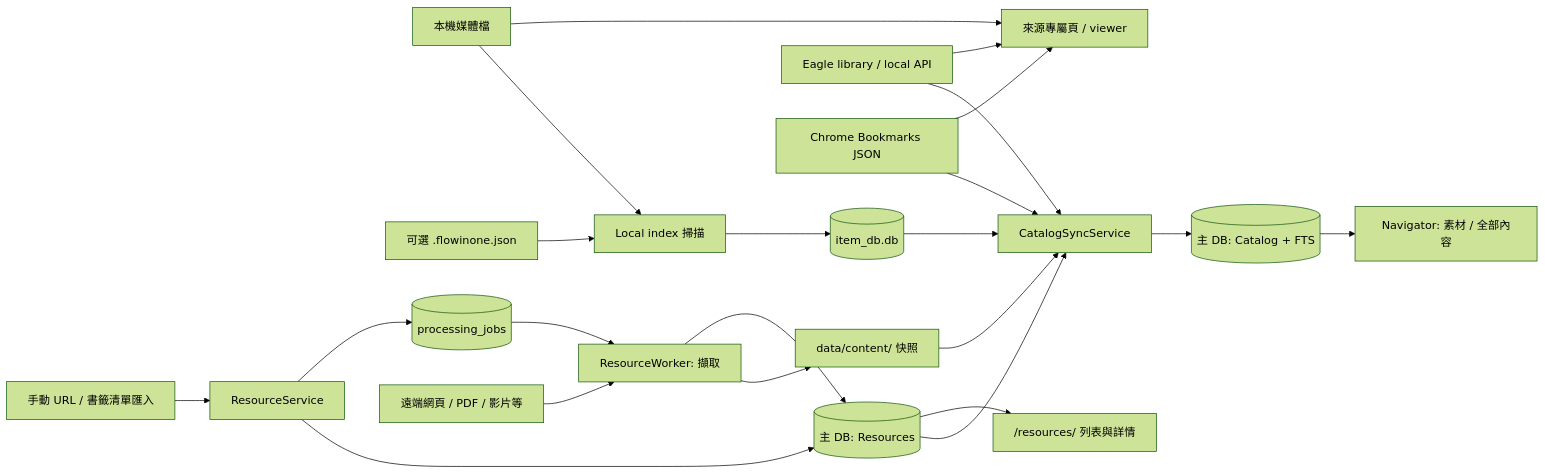
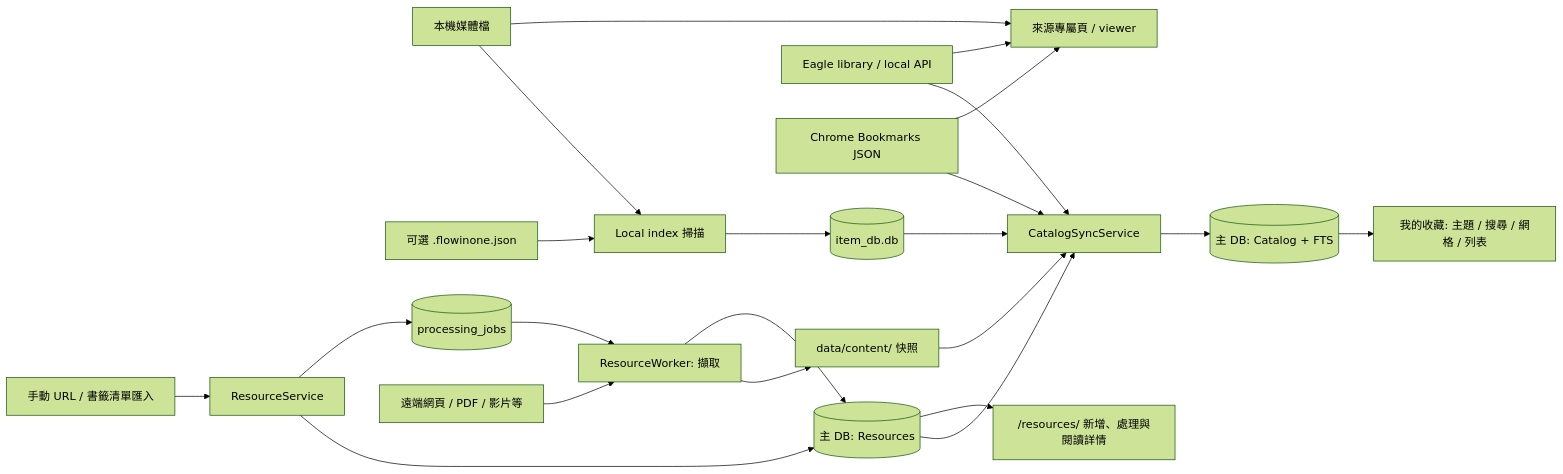
One commit to vecwise/Flowinone changed the first of 3 diagrams in docs/architecture.md. Above: the diagram before and after it, drawn with Mermaid (forest theme). The commit also changed other lines of this file and 29 other files, not shown here.

````diff
--- a/docs/architecture.md
+++ b/docs/architecture.md
@@ -20,28 +20,28 @@
 ```mermaid
 flowchart LR
   Files["本機媒體檔"] --> Scan["Local index 掃描"]
   Sidecar["可選 .flowinone.json"] --> Scan
   Scan --> ItemDB[("item_db.db")]
 
   ItemDB --> Sync["CatalogSyncService"]
   Eagle["Eagle library / local API"] --> Sync
   Chrome["Chrome Bookmarks JSON"] --> Sync
 
   Import["手動 URL / 書籤清單匯入"] --> ResourceService["ResourceService"]
   ResourceService --> ResourceDB[("主 DB: Resources")]
   ResourceService --> Jobs[("processing_jobs")]
   Jobs --> Enrich["ResourceWorker: 擷取"]
   Web["遠端網頁 / PDF / 影片等"] --> Enrich
   Enrich --> Content["data/content/ 快照"]
   Enrich --> ResourceDB
   ResourceDB --> Sync
   Content --> Sync
 
   Sync --> Catalog[("主 DB: Catalog + FTS")]
-  Catalog --> Navigator["Navigator: 素材 / 全部內容"]
-  ResourceDB --> ResourcePages["/resources/ 列表與詳情"]
+  Catalog --> Navigator["我的收藏: 主題 / 搜尋 / 網格 / 列表"]
+  ResourceDB --> ResourcePages["/resources/ 新增、處理與閱讀詳情"]
 
   Files --> SourcePages["來源專屬頁 / viewer"]
   Eagle --> SourcePages
   Chrome --> SourcePages
 ```
````
